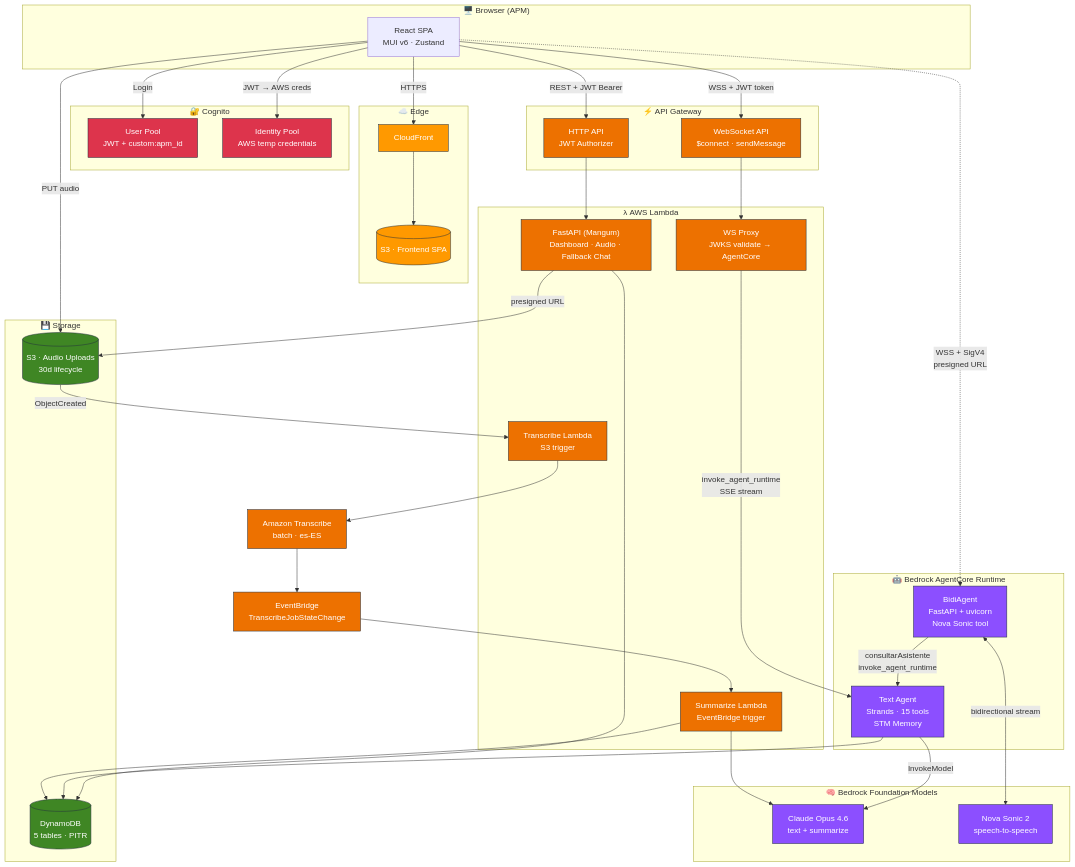
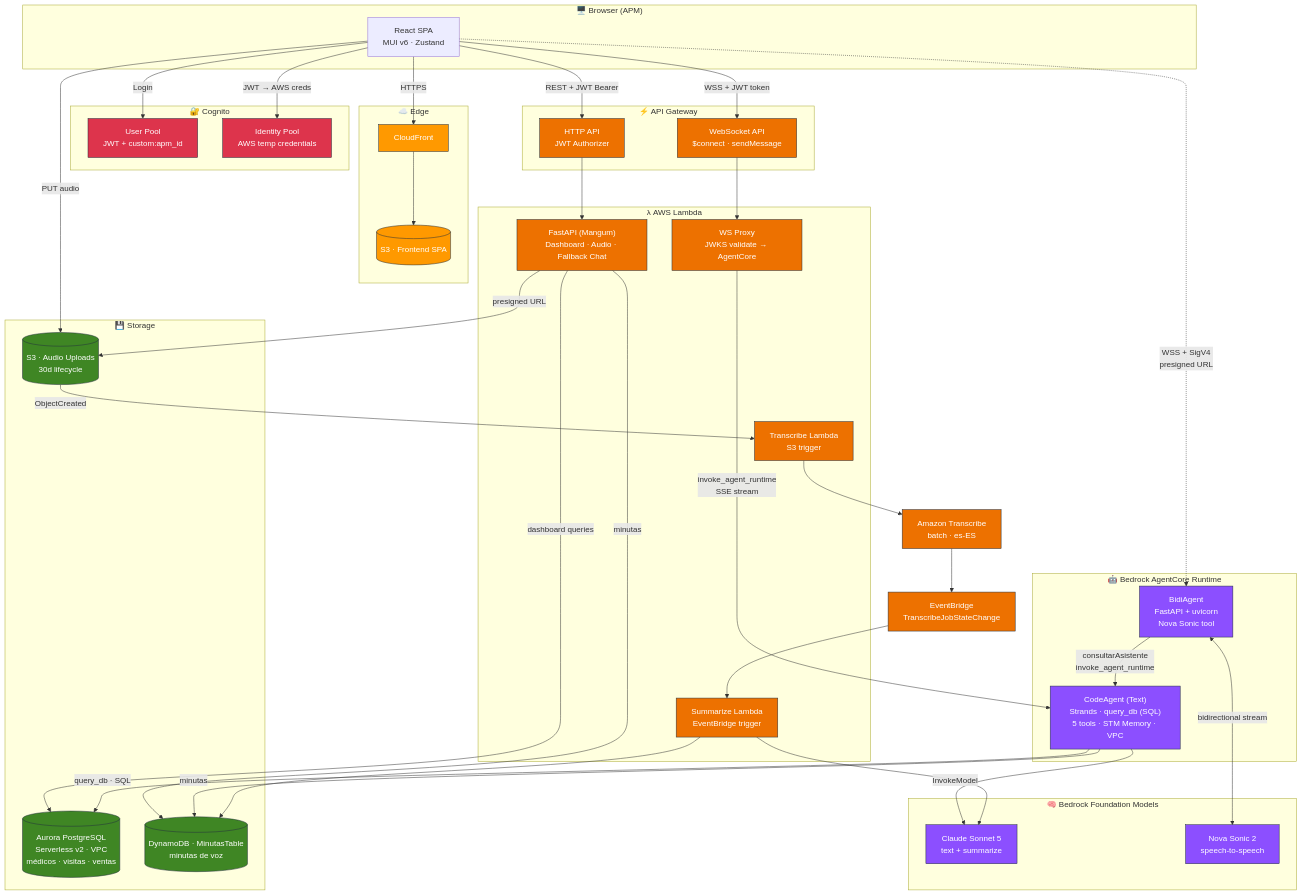
The first of 2 diagrams in README.md (hmancinifranco/pharmassist), drawn with Mermaid before and after one commit. The commit also changed other lines of this file and 15 other files, not shown here.

````diff
--- a/README.md
+++ b/README.md
@@ -57,77 +57,81 @@
 ```mermaid
 flowchart TB
     subgraph Browser["🖥️ Browser (APM)"]
         SPA["React SPA<br/>MUI v6 · Zustand"]
     end
 
     subgraph Edge["☁️ Edge"]
         CF["CloudFront"]
         S3FE[("S3 · Frontend SPA")]
     end
 
     subgraph Auth["🔐 Cognito"]
         UP["User Pool<br/>JWT + custom:apm_id"]
         IP["Identity Pool<br/>AWS temp credentials"]
     end
 
     subgraph APIs["⚡ API Gateway"]
         HTTP["HTTP API<br/>JWT Authorizer"]
         WS["WebSocket API<br/>$connect · sendMessage"]
     end
 
     subgraph Lambdas["λ AWS Lambda"]
         FA["FastAPI (Mangum)<br/>Dashboard · Audio · Fallback Chat"]
         WSL["WS Proxy<br/>JWKS validate → AgentCore"]
         TL["Transcribe Lambda<br/>S3 trigger"]
         SL["Summarize Lambda<br/>EventBridge trigger"]
     end
 
     subgraph AC["🤖 Bedrock AgentCore Runtime"]
-        TA["Text Agent<br/>Strands · 15 tools<br/>STM Memory"]
+        TA["CodeAgent (Text)<br/>Strands · query_db (SQL)<br/>5 tools · STM Memory · VPC"]
         BA["BidiAgent<br/>FastAPI + uvicorn<br/>Nova Sonic tool"]
     end
 
     subgraph Models["🧠 Bedrock Foundation Models"]
-        CL["Claude Opus 4.6<br/>text + summarize"]
+        CL["Claude Sonnet 5<br/>text + summarize"]
         NS["Nova Sonic 2<br/>speech-to-speech"]
     end
 
     subgraph Data["💾 Storage"]
-        DDB[("DynamoDB<br/>5 tables · PITR")]
+        AUR[("Aurora PostgreSQL<br/>Serverless v2 · VPC<br/>médicos · visitas · ventas")]
+        DDB[("DynamoDB · MinutasTable<br/>minutas de voz")]
         S3A[("S3 · Audio Uploads<br/>30d lifecycle")]
     end
 
     TR["Amazon Transcribe<br/>batch · es-ES"]
     EB["EventBridge<br/>TranscribeJobStateChange"]
 
     SPA -->|HTTPS| CF --> S3FE
     SPA -->|Login| UP
     SPA -->|JWT → AWS creds| IP
 
-    SPA -->|REST + JWT Bearer| HTTP --> FA --> DDB
+    SPA -->|REST + JWT Bearer| HTTP --> FA
+    FA -->|dashboard queries| AUR
+    FA -->|minutas| DDB
     FA -->|presigned URL| S3A
 
     SPA -->|WSS + JWT token| WS --> WSL -->|invoke_agent_runtime<br/>SSE stream| TA
-    TA --> DDB
+    TA -->|query_db · SQL| AUR
+    TA -->|minutas| DDB
     TA -->|InvokeModel| CL
 
     SPA -.->|WSS + SigV4<br/>presigned URL| BA
     BA <-->|bidirectional stream| NS
     BA -->|consultarAsistente<br/>invoke_agent_runtime| TA
 
     SPA -->|PUT audio| S3A -->|ObjectCreated| TL --> TR
     TR --> EB --> SL --> CL
     SL --> DDB
 
     classDef edge fill:#FF9900,stroke:#232F3E,color:#fff
     classDef auth fill:#DD344C,stroke:#232F3E,color:#fff
     classDef agent fill:#8C4FFF,stroke:#232F3E,color:#fff
     classDef data fill:#3F8624,stroke:#232F3E,color:#fff
     classDef lambda fill:#ED7100,stroke:#232F3E,color:#fff
 
     class CF,S3FE edge
     class UP,IP auth
     class TA,BA,CL,NS agent
-    class DDB,S3A data
+    class AUR,DDB,S3A data
     class FA,WSL,TL,SL,HTTP,WS,TR,EB lambda
 ```
````
